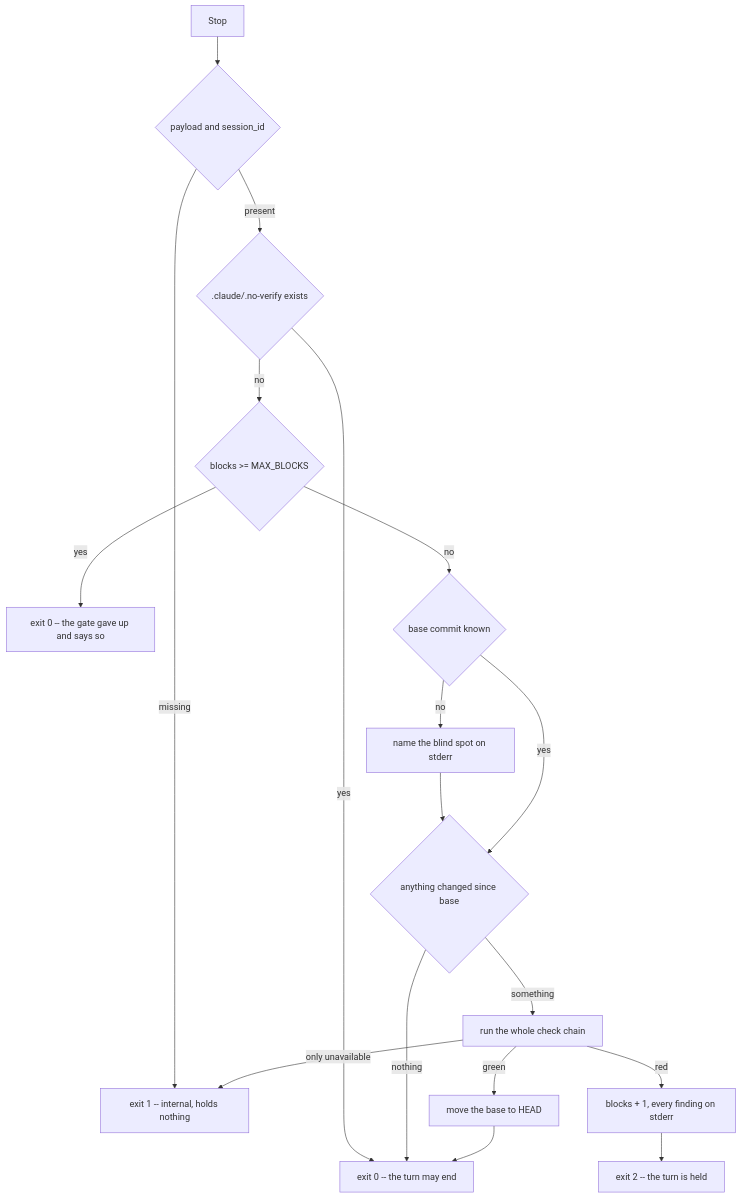
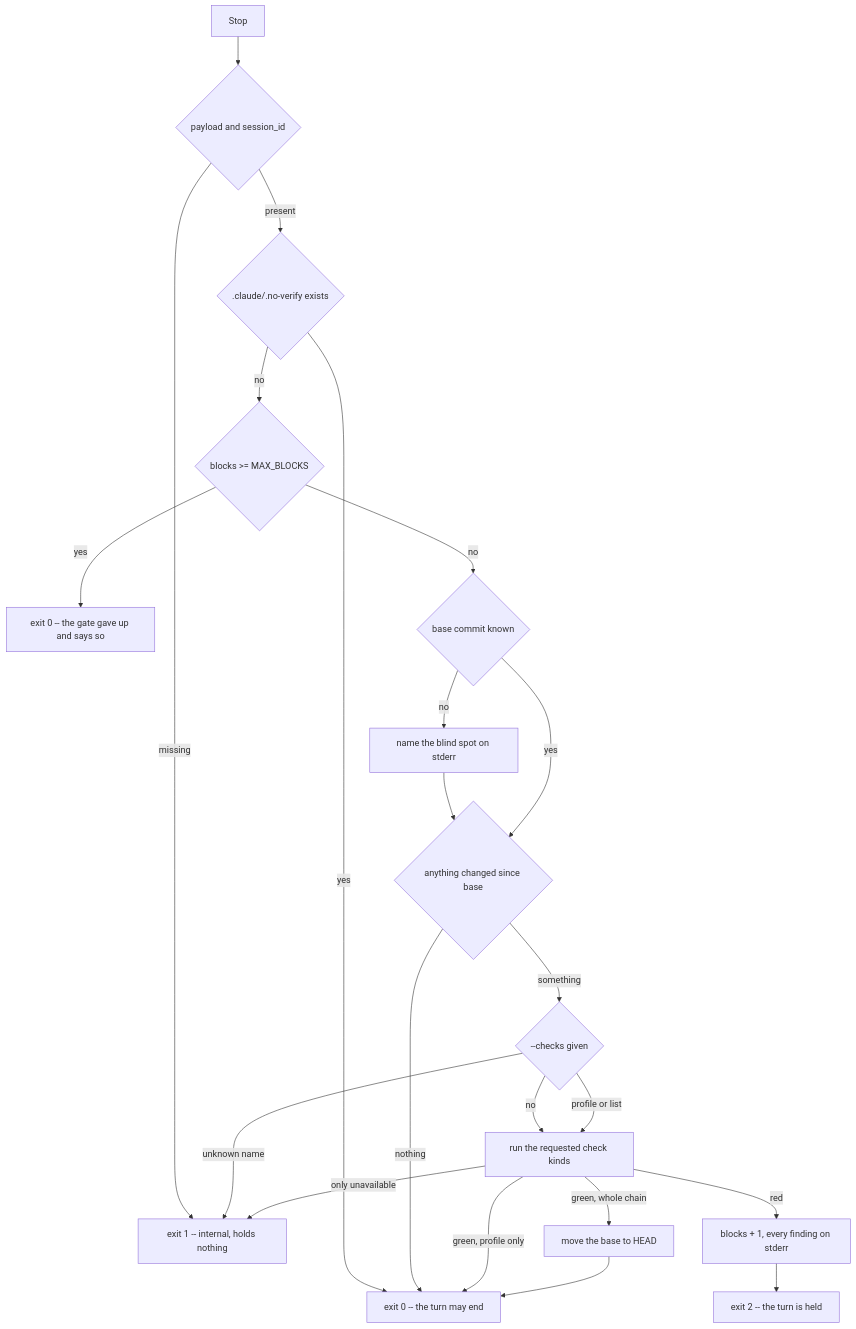
Before and after one commit to xidus90/ultra-loom: the diagram in docs/abläufe/session-hooks.de.md, drawn with Mermaid. The commit also changed other lines of this file and 9 other files, not shown here.

First line of the commit message:
Let the stop gate run one profile instead of the whole chain

````diff
--- a/docs/abläufe/session-hooks.de.md
+++ b/docs/abläufe/session-hooks.de.md
@@ -29,20 +29,24 @@
 ```mermaid
 flowchart TD
     event["Stop"] --> payload{"payload and session_id"}
     payload -->|missing| internal["exit 1 -- internal, holds nothing"]
     payload -->|present| marker{".claude/.no-verify exists"}
     marker -->|yes| pass["exit 0 -- the turn may end"]
     marker -->|no| counter{"blocks >= MAX_BLOCKS"}
     counter -->|yes| gaveup["exit 0 -- the gate gave up and says so"]
     counter -->|no| base{"base commit known"}
     base -->|no| warn["name the blind spot on stderr"]
     warn --> diff
     base -->|yes| diff{"anything changed since base"}
     diff -->|nothing| pass
-    diff -->|something| chain["run the whole check chain"]
-    chain -->|green| advance["move the base to HEAD"]
+    diff -->|something| kinds{"--checks given"}
+    kinds -->|no| chain
+    kinds -->|unknown name| internal
+    kinds -->|profile or list| chain["run the requested check kinds"]
+    chain -->|green, whole chain| advance["move the base to HEAD"]
+    chain -->|green, profile only| pass
     advance --> pass
     chain -->|red| block["blocks + 1, every finding on stderr"]
     block --> held["exit 2 -- the turn is held"]
     chain -->|only unavailable| internal
 ```
````
